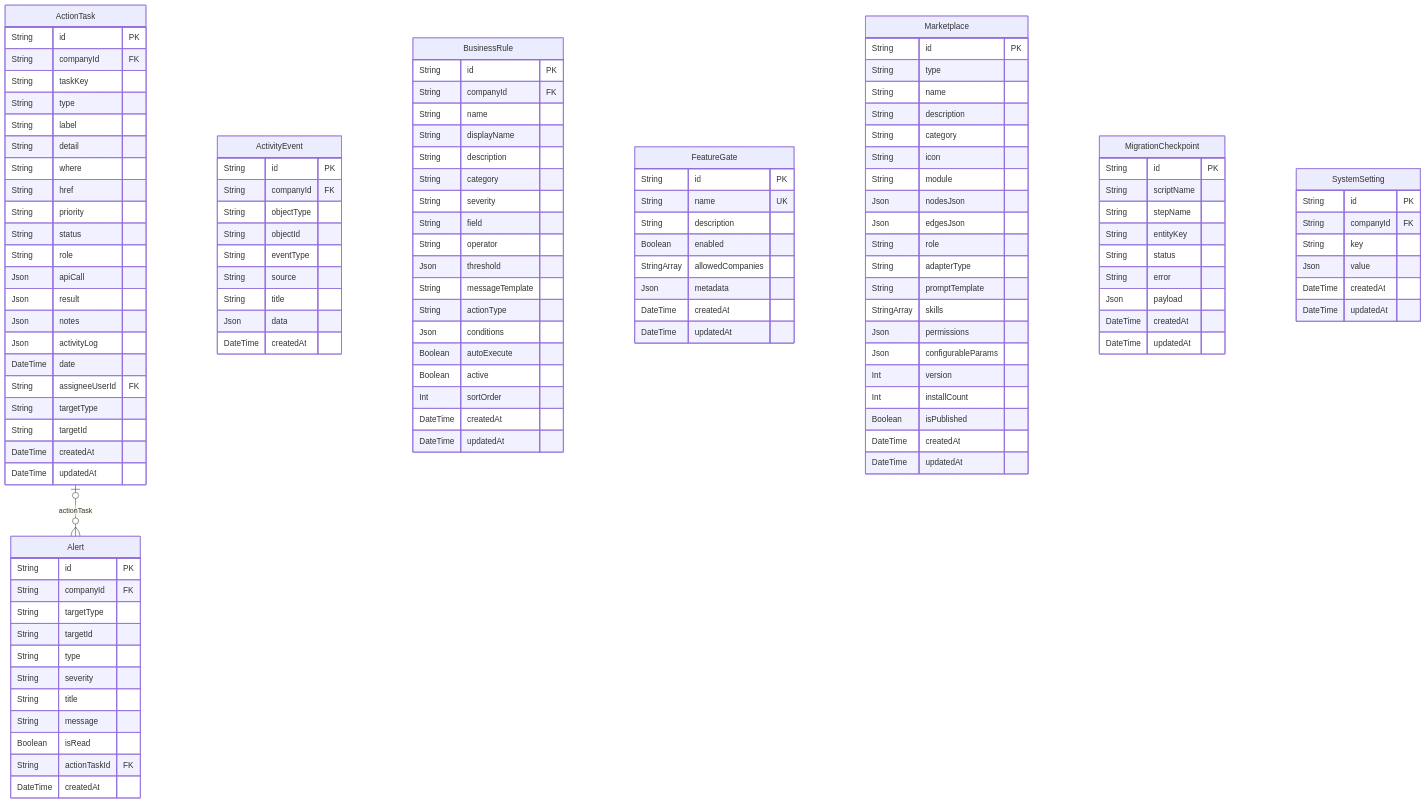
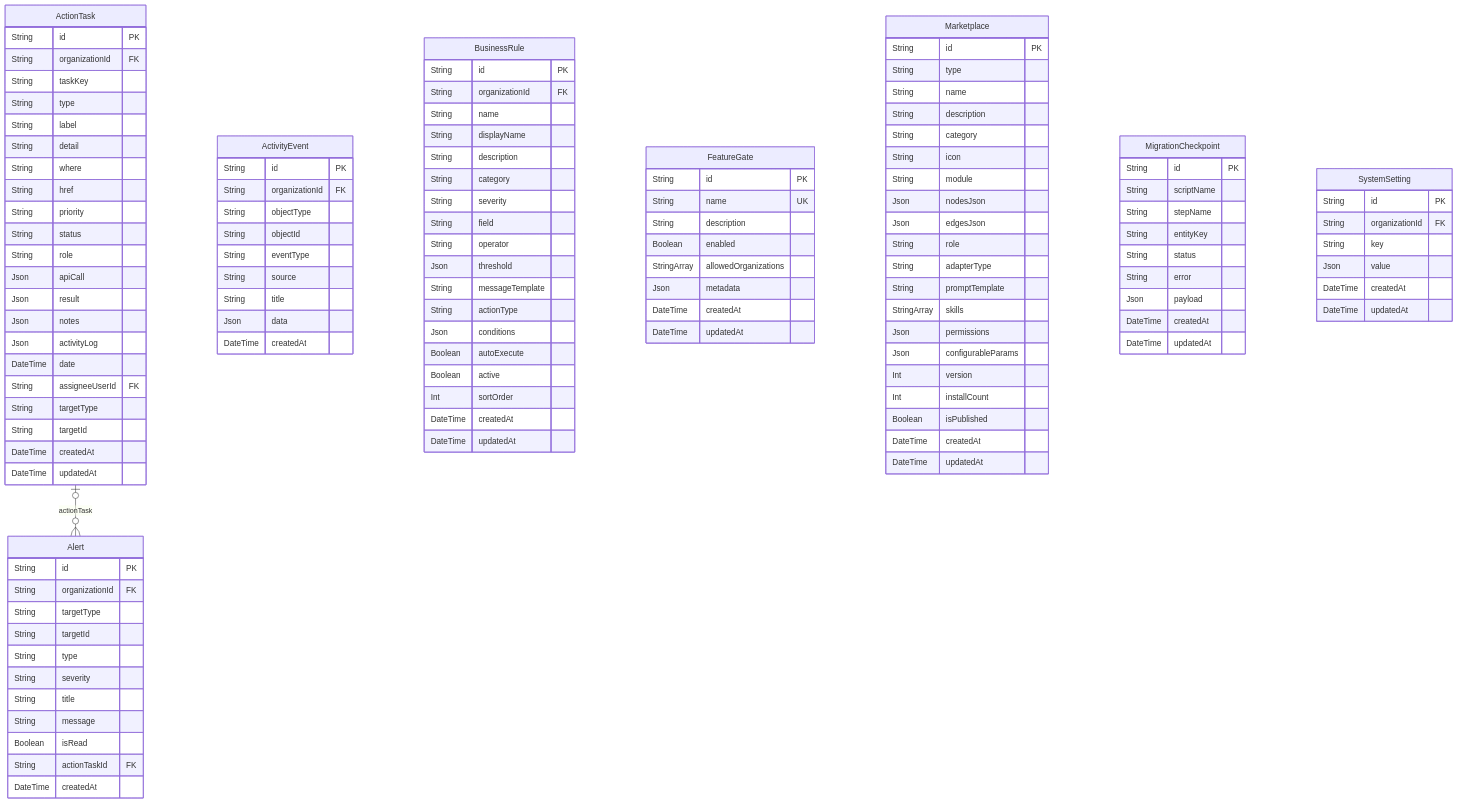
Before and after one commit to AgentFoundry-Labs/kiditem: the diagram in docs/erd/system.md, drawn with Mermaid. The commit also changed other lines of this file and 531 other files, not shown here.

```diff
--- a/docs/erd/system.md
+++ b/docs/erd/system.md
@@ -24,7 +24,7 @@
 erDiagram
   ActionTask {
     String id PK
-    String companyId FK
+    String organizationId FK
     String taskKey
     String type
     String label
@@ -47,7 +47,7 @@
   }
   ActivityEvent {
     String id PK
-    String companyId FK
+    String organizationId FK
     String objectType
     String objectId
     String eventType
@@ -58,7 +58,7 @@
   }
   Alert {
     String id PK
-    String companyId FK
+    String organizationId FK
     String targetType
     String targetId
     String type
@@ -71,7 +71,7 @@
   }
   BusinessRule {
     String id PK
-    String companyId FK
+    String organizationId FK
     String name
     String displayName
     String description
@@ -94,7 +94,7 @@
     String name UK
     String description
     Boolean enabled
-    StringArray allowedCompanies
+    StringArray allowedOrganizations
     Json metadata
     DateTime createdAt
     DateTime updatedAt
@@ -134,7 +134,7 @@
   }
   SystemSetting {
     String id PK
-    String companyId FK
+    String organizationId FK
     String key
     Json value
     DateTime createdAt
```
